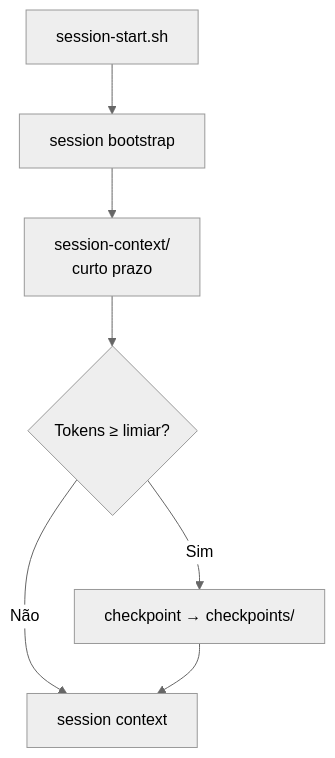
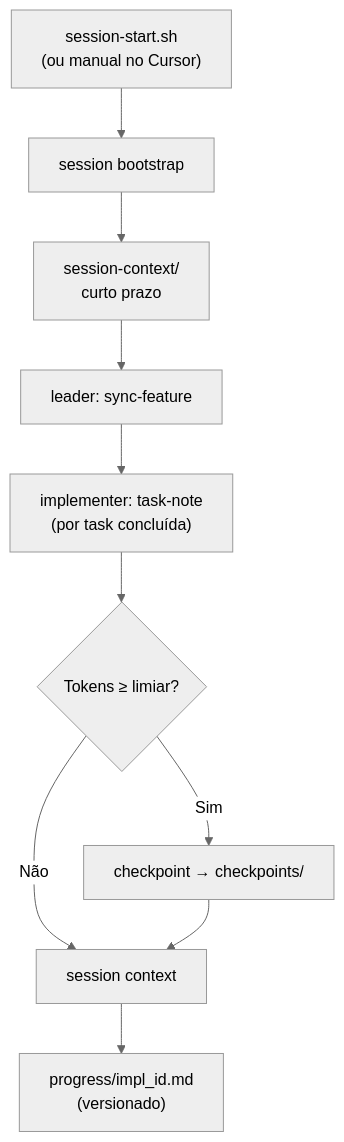
One commit to samuelmarcos/sdd_harness_engineering changed the third of 3 diagrams in fluxoSdd.md. Above: the diagram before and after it, drawn with Mermaid (neutral theme). The commit also changed other lines of this file and 19 other files, not shown here.

````diff
--- a/fluxoSdd.md
+++ b/fluxoSdd.md
@@ -81,9 +81,12 @@
 ```mermaid
 flowchart TD
-    A["session-start.sh"] --> B["session bootstrap"]
+    A["session-start.sh\n(ou manual no Cursor)"] --> B["session bootstrap"]
     B --> C["session-context/\ncurto prazo"]
-    C --> D{Tokens ≥ limiar?}
-    D -->|Sim| E["checkpoint → checkpoints/"]
-    D -->|Não| F["session context"]
-    E --> F
+    C --> D["leader: sync-feature"]
+    D --> E["implementer: task-note\n(por task concluída)"]
+    E --> F{Tokens ≥ limiar?}
+    F -->|Sim| G["checkpoint → checkpoints/"]
+    F -->|Não| H["session context"]
+    G --> H
+    H --> I["progress/impl_id.md\n(versionado)"]
 ```
````
